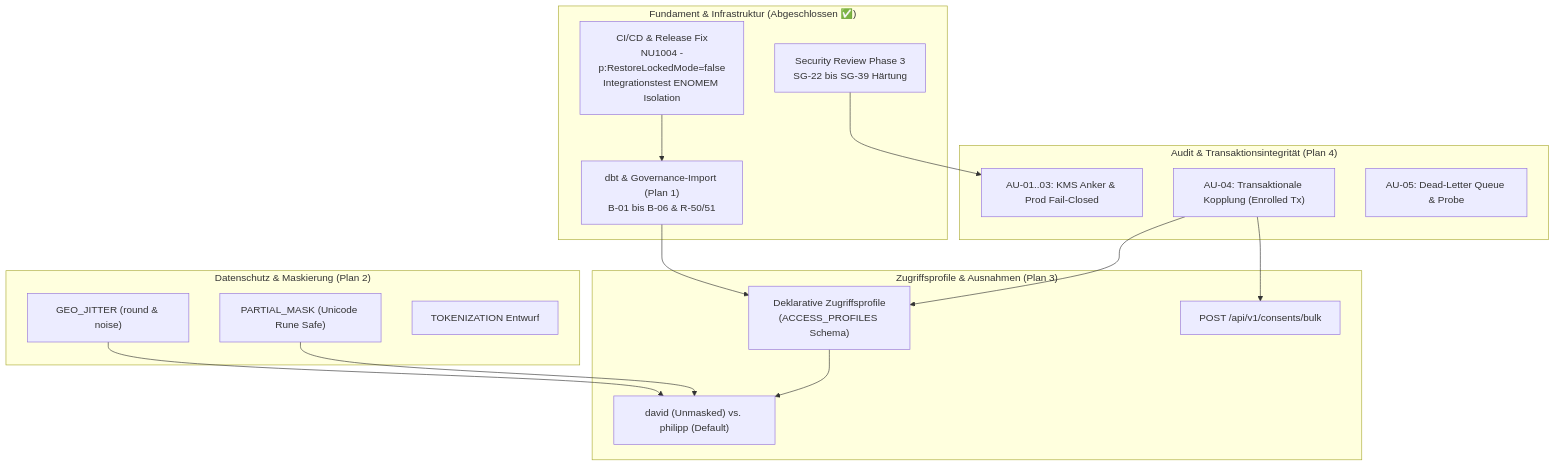
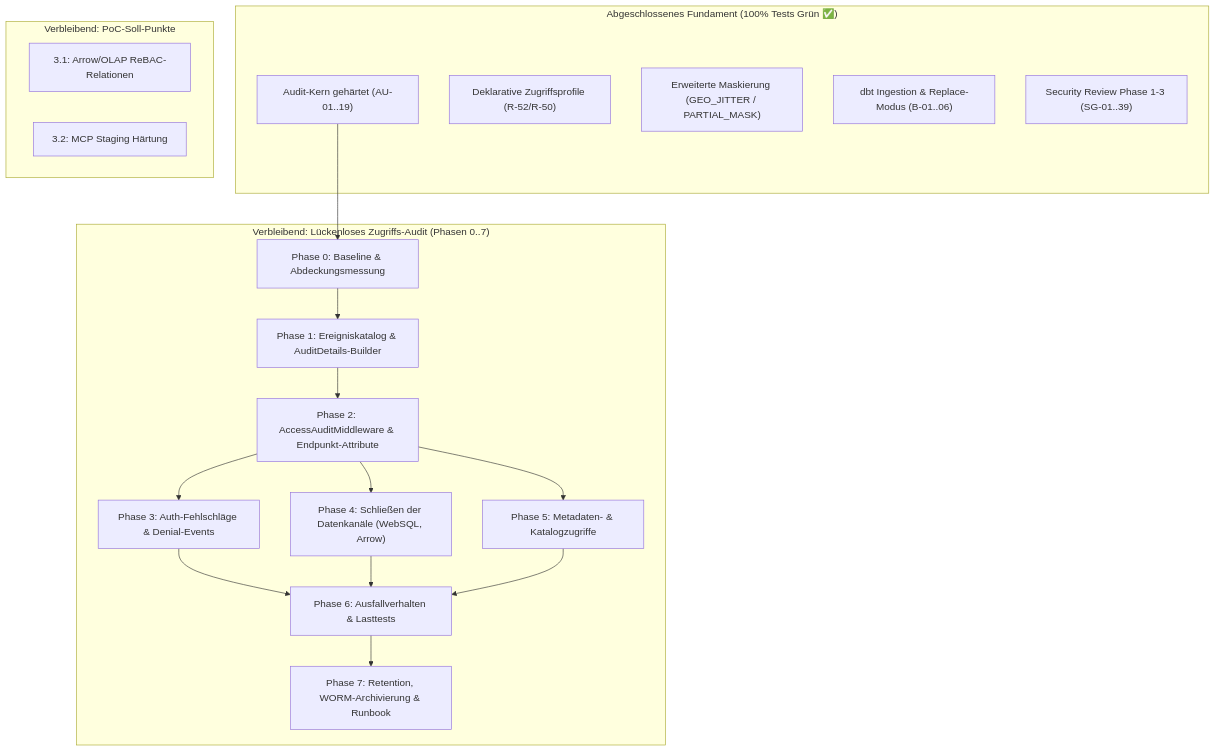
The diagram in docs/plans/00-gesamtplan-uebersicht.md (themulle/autheris), drawn with Mermaid before and after one commit. The commit also changed other lines of this file and 15 other files, not shown here.

Commit message:
docs(plans): remove completed implementation plans and update roadmap overview

````diff
--- a/docs/plans/00-gesamtplan-uebersicht.md
+++ b/docs/plans/00-gesamtplan-uebersicht.md
@@ -22,35 +37,37 @@
 ```mermaid
 flowchart TD
-    subgraph Foundation["Fundament & Infrastruktur (Abgeschlossen ✅)"]
-        CICD["CI/CD & Release Fix<br/>NU1004 -p:RestoreLockedMode=false<br/>Integrationstest ENOMEM Isolation"]
-        SG["Security Review Phase 3<br/>SG-22 bis SG-39 Härtung"]
-        DBT["dbt & Governance-Import (Plan 1)<br/>B-01 bis B-06 & R-50/51"]
+    subgraph Done["Abgeschlossenes Fundament (100% Tests Grün ✅)"]
+        CORE_AUDIT["Audit-Kern gehärtet (AU-01..19)"]
+        PROFILES["Deklarative Zugriffsprofile (R-52/R-50)"]
+        MASKING["Erweiterte Maskierung (GEO_JITTER / PARTIAL_MASK)"]
+        DBT_INGEST["dbt Ingestion & Replace-Modus (B-01..06)"]
+        SECURITY["Security Review Phase 1-3 (SG-01..39)"]
     end
 
-    subgraph SecurityAudit["Audit & Transaktionsintegrität (Plan 4)"]
-        AU_Core["AU-01..03: KMS Anker & Prod Fail-Closed"]
-        AU_Tx["AU-04: Transaktionale Kopplung (Enrolled Tx)"]
-        AU_Resilience["AU-05: Dead-Letter Queue & Probe"]
+    subgraph OpenAudit["Verbleibend: Lückenloses Zugriffs-Audit (Phasen 0..7)"]
+        P0["Phase 0: Baseline & Abdeckungsmessung"]
+        P1["Phase 1: Ereigniskatalog & AuditDetails-Builder"]
+        P2["Phase 2: AccessAuditMiddleware & Endpunkt-Attribute"]
+        P3["Phase 3: Auth-Fehlschläge & Denial-Events"]
+        P4["Phase 4: Schließen der Datenkanäle (WebSQL, Arrow)"]
+        P5["Phase 5: Metadaten- & Katalogzugriffe"]
+        P6["Phase 6: Ausfallverhalten & Lasttests"]
+        P7["Phase 7: Retention, WORM-Archivierung & Runbook"]
     end
 
-    subgraph MaskingEngine["Datenschutz & Maskierung (Plan 2)"]
-        GEO["GEO_JITTER (round & noise)"]
-        PARTIAL["PARTIAL_MASK (Unicode Rune Safe)"]
-        TOKEN["TOKENIZATION Entwurf"]
+    subgraph OpenPoc["Verbleibend: PoC-Soll-Punkte"]
+        POC_ARROW["3.1: Arrow/OLAP ReBAC-Relationen"]
+        POC_MCP["3.2: MCP Staging Härtung"]
     end
 
-    subgraph AccessGovernance["Zugriffsprofile & Ausnahmen (Plan 3)"]
-        PROFILES["Deklarative Zugriffsprofile<br/>(ACCESS_PROFILES Schema)"]
-        CONSENT_API["POST /api/v1/consents/bulk"]
-        DAVID_PHILIPP["david (Unmasked) vs. philipp (Default)"]
-    end
-
-    CICD --> DBT
-    SG --> AU_Core
-    DBT --> PROFILES
-    AU_Tx --> PROFILES
-    AU_Tx --> CONSENT_API
-    GEO --> DAVID_PHILIPP
-    PARTIAL --> DAVID_PHILIPP
-    PROFILES --> DAVID_PHILIPP
+    CORE_AUDIT --> P0
+    P0 --> P1
+    P1 --> P2
+    P2 --> P3
+    P2 --> P4
+    P2 --> P5
+    P3 --> P6
+    P4 --> P6
+    P5 --> P6
+    P6 --> P7
 ```
````
